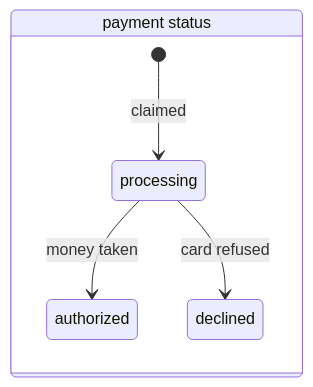
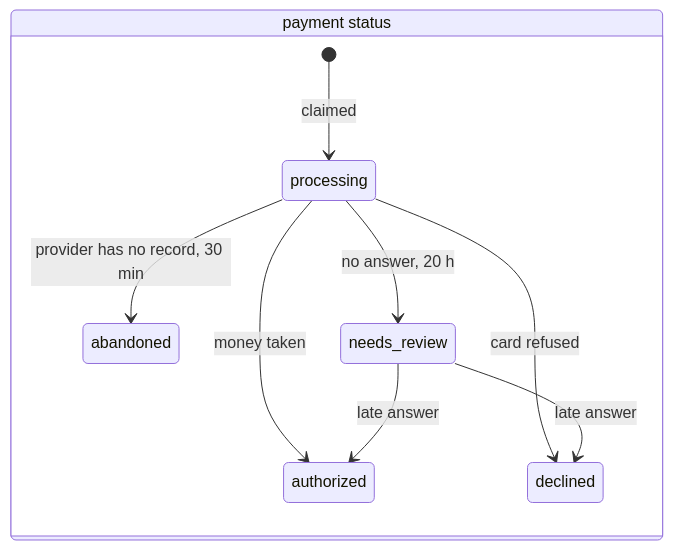
Before and after one commit to vishalsaik/Swiftdrop: the third of 7 diagrams in docs/PAYMENT_FLOW.md, drawn with Mermaid. The commit also changed other lines of this file and 3 other files, not shown here.

````diff
--- a/docs/PAYMENT_FLOW.md
+++ b/docs/PAYMENT_FLOW.md
@@ -94,9 +94,13 @@
 ```mermaid
 stateDiagram-v2
   direction LR
   state "payment status" as PS {
     [*] --> processing: claimed
     processing --> authorized: money taken
     processing --> declined: card refused
+    processing --> abandoned: provider has no record, 30 min
+    processing --> needs_review: no answer, 20 h
+    needs_review --> authorized: late answer
+    needs_review --> declined: late answer
   }
 ```
````
